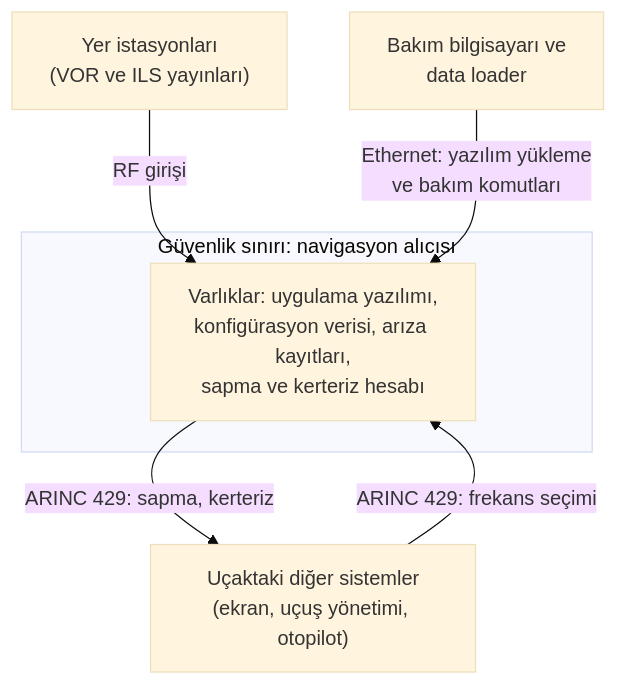
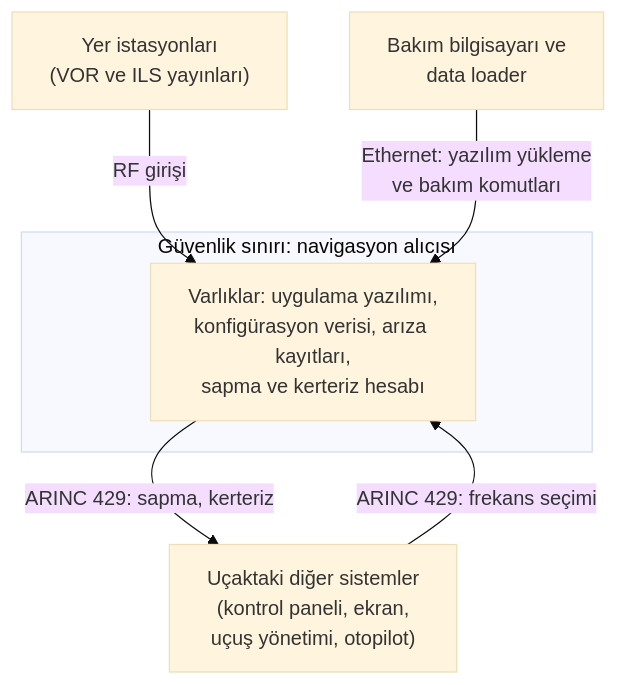
One commit to Mavrikant/aviyonikyazilim changed the second of 2 diagrams in kitap/05-ozel-konular/27-do326a-ucusa-elverislilik-guvenligi.mdx. Above: the diagram before and after it, drawn with Mermaid (base theme). The commit also changed other lines of this file and 41 other files, not shown here.

````diff
--- a/kitap/05-ozel-konular/27-do326a-ucusa-elverislilik-guvenligi.mdx
+++ b/kitap/05-ozel-konular/27-do326a-ucusa-elverislilik-guvenligi.mdx
@@ -287,13 +290,13 @@
 ```mermaid
 flowchart TD
     YER["Yer istasyonları<br/>(VOR ve ILS yayınları)"]
     BKM["Bakım bilgisayarı ve<br/>data loader"]
-    UCK["Uçaktaki diğer sistemler<br/>(ekran, uçuş yönetimi, otopilot)"]
+    UCK["Uçaktaki diğer sistemler<br/>(kontrol paneli, ekran,<br/>uçuş yönetimi, otopilot)"]
     subgraph SNR["Güvenlik sınırı: navigasyon alıcısı"]
         VAR["Varlıklar: uygulama yazılımı,<br/>konfigürasyon verisi, arıza kayıtları,<br/>sapma ve kerteriz hesabı"]
     end
     YER -- "RF girişi" --> VAR
     BKM -- "Ethernet: yazılım yükleme<br/>ve bakım komutları" --> VAR
     UCK -- "ARINC 429: frekans seçimi" --> VAR
     VAR -- "ARINC 429: sapma, kerteriz" --> UCK
 ```
````
